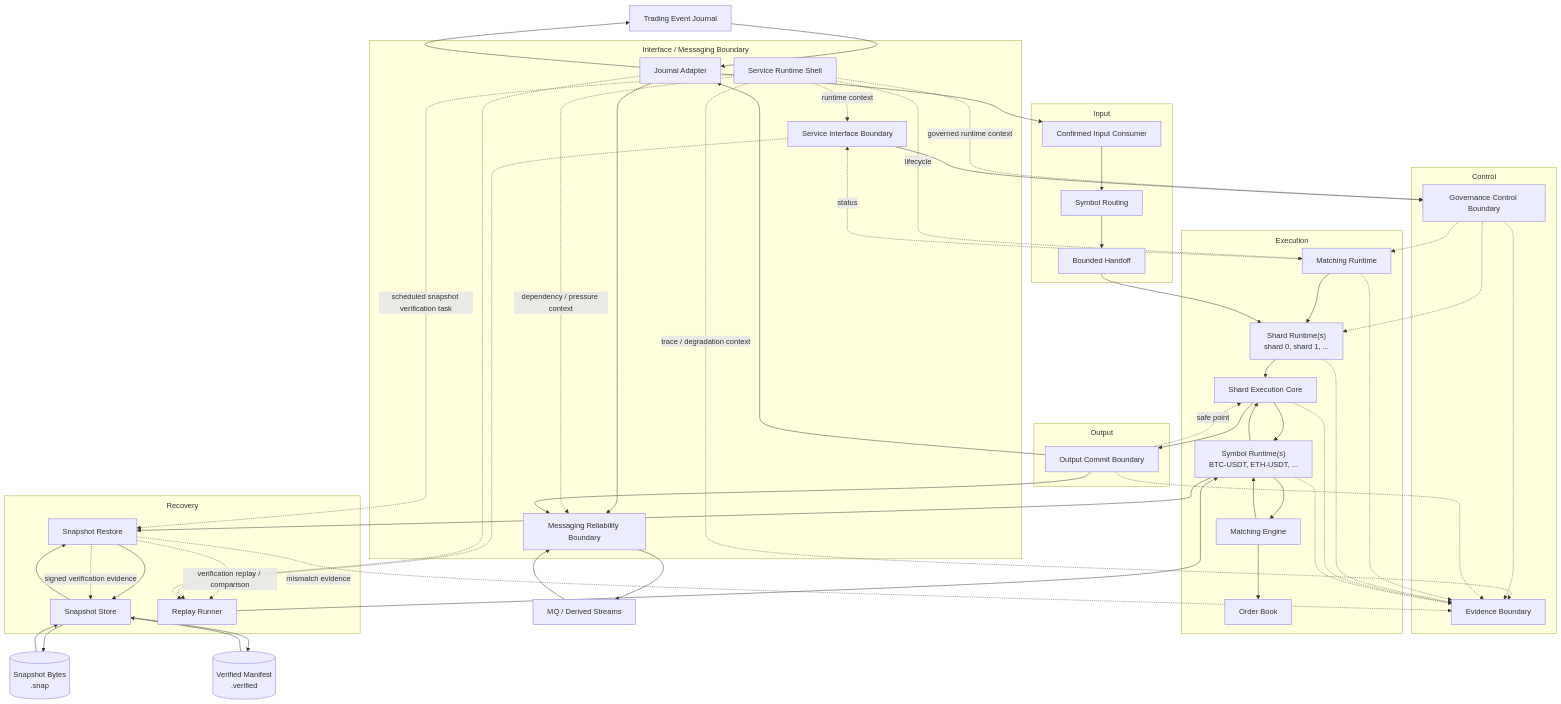
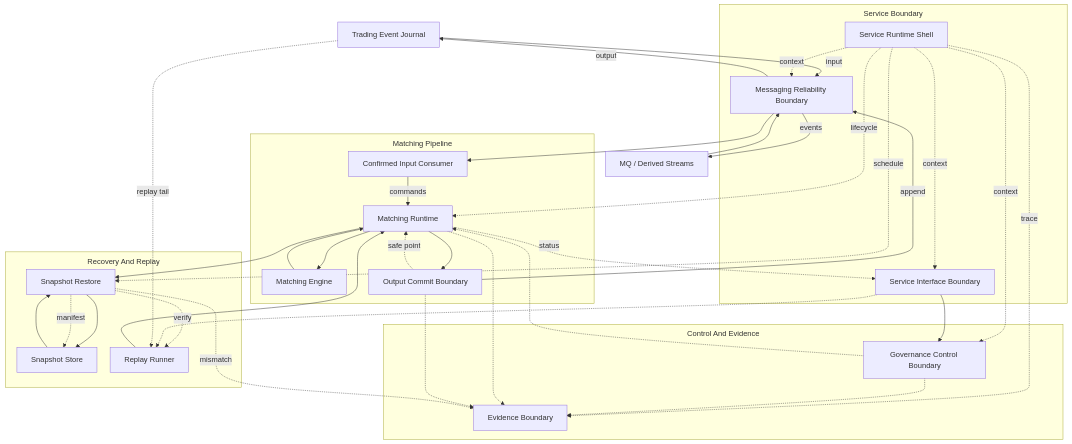
The second of 2 diagrams in README.md (novax-exchange/matching-core), drawn with Mermaid before and after one commit. The commit also changed other lines of this file and 5 other files, not shown here.

````diff
--- a/README.md
+++ b/README.md
@@ -70,92 +63,61 @@
 %%{init: {"flowchart": {"nodeSpacing": 28, "rankSpacing": 38, "diagramPadding": 12, "subGraphTitleMargin": {"top": 8, "bottom": 10}}}}%%
 flowchart TB
     Journal["Trading Event Journal"]
-    SnapshotBytes[("Snapshot Bytes\n.snap")]
-    VerifiedManifest[("Verified Manifest\n.verified")]
-
     EventBus["MQ / Derived Streams"]
 
-    subgraph Boundary["Interface / Messaging Boundary"]
+    subgraph ServiceBoundary["Service Boundary"]
         RuntimeShell["Service Runtime Shell"]
         Interface["Service Interface Boundary"]
         Messaging["Messaging Reliability Boundary"]
-        JournalAdapter["Journal Adapter"]
     end
 
-    subgraph Control["Control"]
+    subgraph ControlEvidence["Control And Evidence"]
         Governance["Governance Control Boundary"]
         Evidence["Evidence Boundary"]
     end
 
-    subgraph Input["Input"]
+    subgraph MatchingPipeline["Matching Pipeline"]
         Consumer["Confirmed Input Consumer"]
-        Router["Symbol Routing"]
-        Handoff["Bounded Handoff"]
-    end
-
-    subgraph Execution["Execution"]
         MatchingRuntime["Matching Runtime"]
-        ShardRuntime["Shard Runtime(s)\nshard 0, shard 1, ..."]
-        ExecutionCore["Shard Execution Core"]
-        SymbolRuntime["Symbol Runtime(s)\nBTC-USDT, ETH-USDT, ..."]
         Engine["Matching Engine"]
-        Book["Order Book"]
-    end
-
-    subgraph Output["Output"]
         Commit["Output Commit Boundary"]
     end
 
-    subgraph Recovery["Recovery"]
+    subgraph RecoveryReplay["Recovery And Replay"]
         Snapshot["Snapshot Restore"]
         SnapshotStore["Snapshot Store"]
         Replay["Replay Runner"]
     end
 
-    Journal --> JournalAdapter --> Consumer
-    JournalAdapter --> Messaging
+    Journal -->|"input"| Messaging --> Consumer
     EventBus --> Messaging
-    RuntimeShell -.->|"runtime context"| Interface
-    RuntimeShell -.->|"dependency / pressure context"| Messaging
-    RuntimeShell -.->|"governed runtime context"| Governance
-    RuntimeShell -.->|"trace / degradation context"| Evidence
+    RuntimeShell -.->|"context"| Interface
+    RuntimeShell -.->|"context"| Messaging
+    RuntimeShell -.->|"context"| Governance
+    RuntimeShell -.->|"trace"| Evidence
     Interface --> Governance
     Governance -.-> MatchingRuntime
     MatchingRuntime -.->|"status"| Interface
     RuntimeShell -.->|"lifecycle"| MatchingRuntime
-    MatchingRuntime --> ShardRuntime
-    Consumer --> Router
-    Router --> Handoff
-    Handoff --> ShardRuntime
-    Governance -.-> ShardRuntime
-    ShardRuntime --> ExecutionCore
-    ExecutionCore --> SymbolRuntime
-    SymbolRuntime --> Engine
-    Engine --> Book
-    Engine --> SymbolRuntime
-    SymbolRuntime --> ExecutionCore
-    ExecutionCore --> Commit
-    Commit --> Messaging --> EventBus
-    Commit --> JournalAdapter --> Journal
-    Commit -.->|"safe point"| ExecutionCore
+    Consumer -->|"commands"| MatchingRuntime
+    MatchingRuntime --> Engine
+    Engine --> MatchingRuntime
+    MatchingRuntime --> Commit
+    Commit -->|"append"| Messaging
+    Messaging -->|"output"| Journal
+    Messaging -->|"events"| EventBus
+    Commit -.->|"safe point"| MatchingRuntime
     Governance -.-> Evidence
     MatchingRuntime -.-> Evidence
-    ShardRuntime -.-> Evidence
-    ExecutionCore -.-> Evidence
-    SymbolRuntime -.-> Evidence
     Commit -.-> Evidence
-    RuntimeShell -.->|"scheduled snapshot verification task"| Snapshot
-    SymbolRuntime --> Snapshot
+    RuntimeShell -.->|"schedule"| Snapshot
+    MatchingRuntime --> Snapshot
     Snapshot --> SnapshotStore
-    Snapshot -.->|"verification replay / comparison"| Replay
-    Snapshot -.->|"signed verification evidence"| SnapshotStore
-    Snapshot -.->|"mismatch evidence"| Evidence
-    SnapshotStore --> SnapshotBytes
-    SnapshotBytes --> SnapshotStore
-    SnapshotStore --> VerifiedManifest
-    VerifiedManifest --> SnapshotStore
+    Snapshot -.->|"verify"| Replay
+    Snapshot -.->|"manifest"| SnapshotStore
+    Snapshot -.->|"mismatch"| Evidence
     SnapshotStore --> Snapshot
     Interface -.-> Replay
-    JournalAdapter -.-> Replay
-    Replay --> SymbolRuntime
+    Journal -.->|"replay tail"| Replay
+    Replay --> MatchingRuntime
 ```
````
